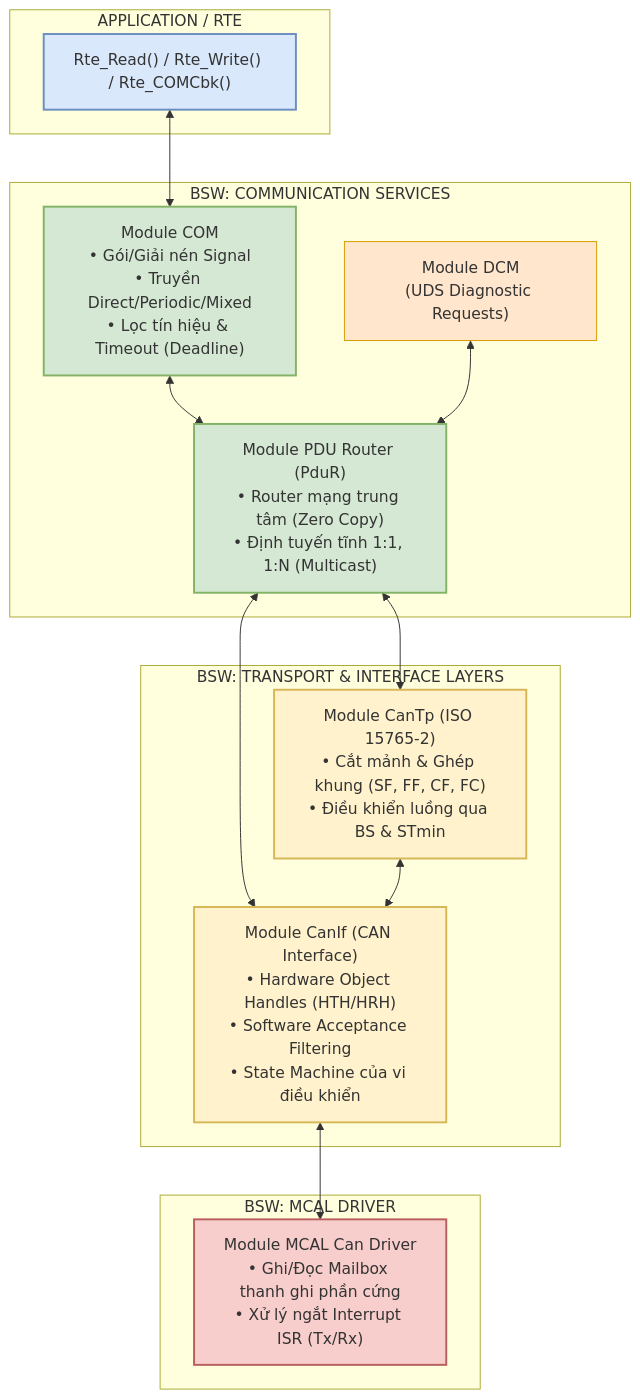
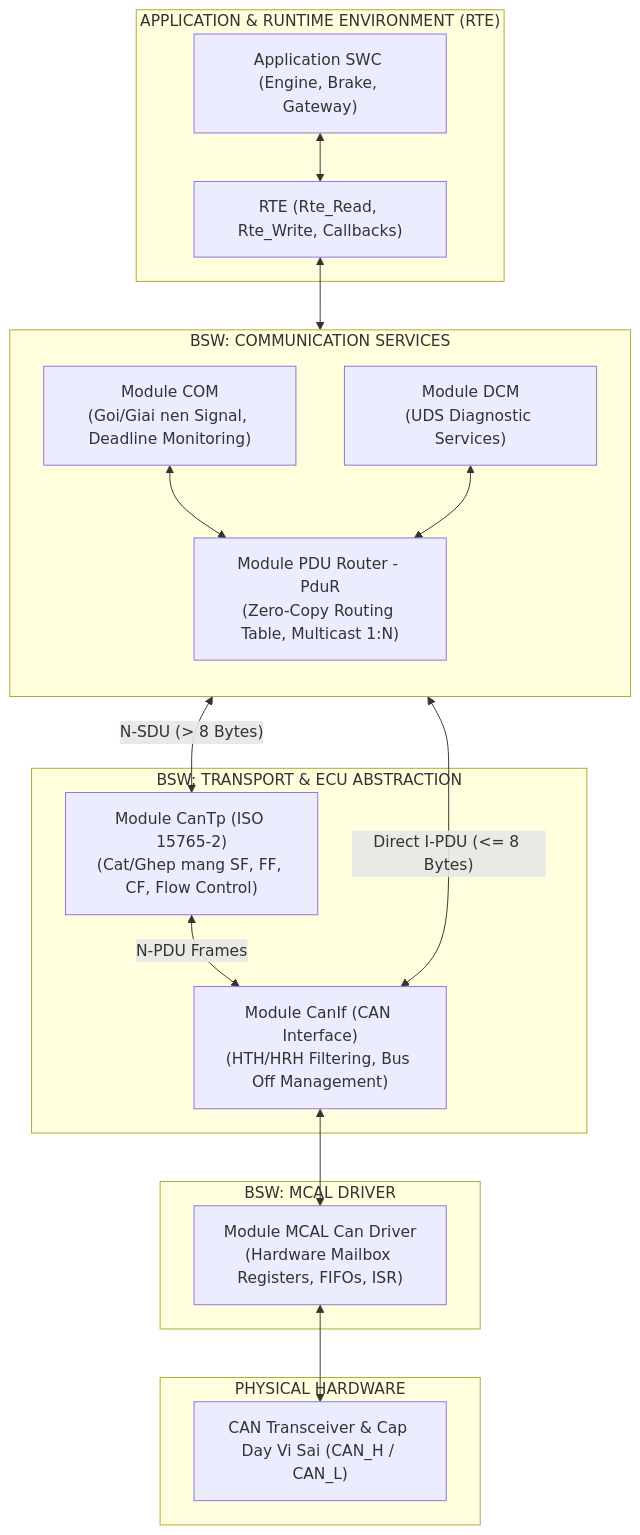
The third of 6 diagrams in docs/theory/03_Communication_Stack_And_CAN_Protocol.md (liemvu12/Study_AUTOSAR), drawn with Mermaid before and after one commit. The commit also changed other lines of this file and 84 other files, not shown here.

````diff
--- a/docs/theory/03_Communication_Stack_And_CAN_Protocol.md
+++ b/docs/theory/03_Communication_Stack_And_CAN_Protocol.md
@@ -268,37 +1205,38 @@
 ```mermaid
-graph TD
-    subgraph "APPLICATION / RTE"
-        RTE["Rte_Read() / Rte_Write() / Rte_COMCbk()"]
+flowchart TD
+    subgraph LAYER_APP ["APPLICATION & RUNTIME ENVIRONMENT (RTE)"]
+        SWC["Application SWC (Engine, Brake, Gateway)"]
+        RTE["RTE (Rte_Read, Rte_Write, Callbacks)"]
+        SWC <--> RTE
     end
 
-    subgraph "BSW: COMMUNICATION SERVICES"
-        COM["Module COM<br>• Gói/Giải nén Signal<br>• Truyền Direct/Periodic/Mixed<br>• Lọc tín hiệu & Timeout (Deadline)"]
-        DCM["Module DCM<br>(UDS Diagnostic Requests)"]
-        PDUR["Module PDU Router (PduR)<br>• Router mạng trung tâm (Zero Copy)<br>• Định tuyến tĩnh 1:1, 1:N (Multicast)"]
+    subgraph LAYER_SVC ["BSW: COMMUNICATION SERVICES"]
+        direction TB
+        COM["Module COM\n(Goi/Giai nen Signal, Deadline Monitoring)"]
+        DCM["Module DCM\n(UDS Diagnostic Services)"]
+        PDUR["Module PDU Router - PduR\n(Zero-Copy Routing Table, Multicast 1:N)"]
+        
+        RTE <--> COM
+        COM <--> PDUR
+        DCM <--> PDUR
     end
 
-    subgraph "BSW: TRANSPORT & INTERFACE LAYERS"
-        CANTP["Module CanTp (ISO 15765-2)<br>• Cắt mảnh & Ghép khung (SF, FF, CF, FC)<br>• Điều khiển luồng qua BS & STmin"]
-        CANIF["Module CanIf (CAN Interface)<br>• Hardware Object Handles (HTH/HRH)<br>• Software Acceptance Filtering<br>• State Machine của vi điều khiển"]
+    subgraph LAYER_IF_TP ["BSW: TRANSPORT & ECU ABSTRACTION"]
+        CANTP["Module CanTp (ISO 15765-2)\n(Cat/Ghep mang SF, FF, CF, Flow Control)"]
+        CANIF["Module CanIf (CAN Interface)\n(HTH/HRH Filtering, Bus Off Management)"]
+        
+        PDUR <-->|"N-SDU (> 8 Bytes)"| CANTP
+        PDUR <-->|"Direct I-PDU (<= 8 Bytes)"| CANIF
+        CANTP <-->|"N-PDU Frames"| CANIF
     end
 
-    subgraph "BSW: MCAL DRIVER"
-        CAN["Module MCAL Can Driver<br>• Ghi/Đọc Mailbox thanh ghi phần cứng<br>• Xử lý ngắt Interrupt ISR (Tx/Rx)"]
+    subgraph LAYER_MCAL ["BSW: MCAL DRIVER"]
+        CAN["Module MCAL Can Driver\n(Hardware Mailbox Registers, FIFOs, ISR)"]
+        CANIF <--> CAN
     end
 
-    RTE <--> COM
-    COM <--> PDUR
-    DCM <--> PDUR
-    PDUR <--> CANTP
-    PDUR <--> CANIF
-    CANTP <--> CANIF
-    CANIF <--> CAN
-
-    style RTE fill:#dae8fc,stroke:#6c8ebf,stroke-width:2px
-    style COM fill:#d5e8d4,stroke:#82b366,stroke-width:2px
-    style DCM fill:#ffe6cc,stroke:#d79b00
-    style PDUR fill:#d5e8d4,stroke:#82b366,stroke-width:2px
-    style CANTP fill:#fff2cc,stroke:#d6b656,stroke-width:2px
-    style CANIF fill:#fff2cc,stroke:#d6b656,stroke-width:2px
-    style CAN fill:#f8cecc,stroke:#b85e5e,stroke-width:2px
+    subgraph LAYER_HW ["PHYSICAL HARDWARE"]
+        PHY["CAN Transceiver & Cap Day Vi Sai (CAN_H / CAN_L)"]
+        CAN <--> PHY
+    end
 ```
````
